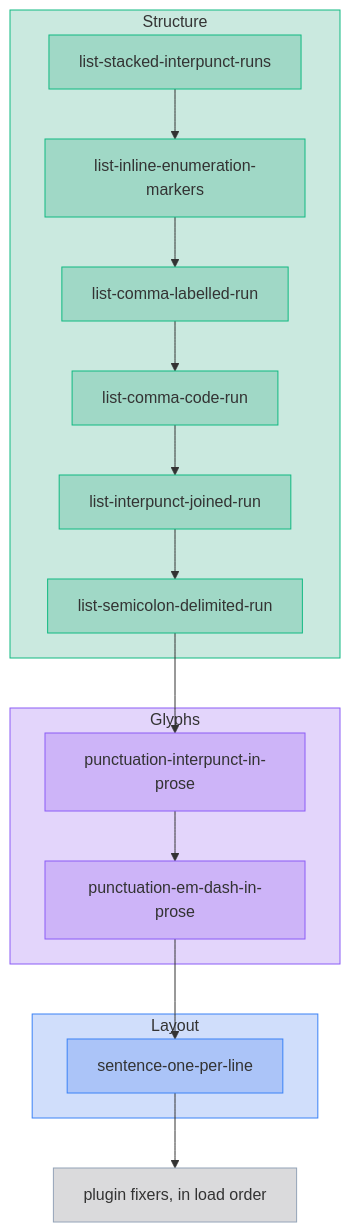
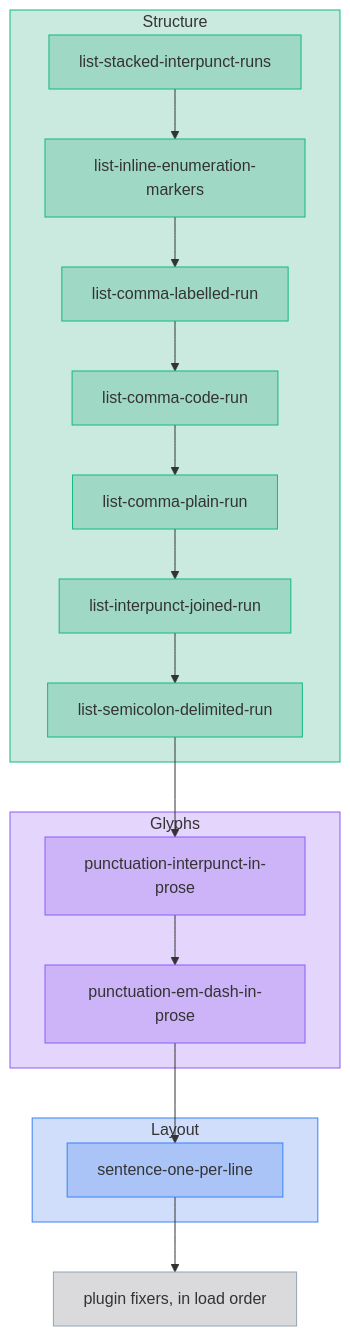
Diagram 16 of 20 in docs/DATA_MODEL.md (jpeakai/jpai-prose-gates), drawn with Mermaid before and after one commit. The commit also changed other lines of this file and 29 other files, not shown here.

First line of the commit message:
feat: list-comma-plain-run, and minItems on every list run rule

````diff
--- a/docs/DATA_MODEL.md
+++ b/docs/DATA_MODEL.md
@@ -594,26 +594,26 @@
 ```mermaid
 flowchart TB
     subgraph structure["Structure"]
-        P9["list-stacked-interpunct-runs"]:::list --> P7["list-inline-enumeration-markers"]:::list --> P8["list-comma-labelled-run"]:::list --> P10["list-comma-code-run"]:::list --> P6["list-interpunct-joined-run"]:::list --> P3["list-semicolon-delimited-run"]:::list
+        P9["list-stacked-interpunct-runs"]:::list --> P7["list-inline-enumeration-markers"]:::list --> P8["list-comma-labelled-run"]:::list --> P10["list-comma-code-run"]:::list --> P11["list-comma-plain-run"]:::list --> P6["list-interpunct-joined-run"]:::list --> P3["list-semicolon-delimited-run"]:::list
     end
     subgraph glyphs["Glyphs"]
         P5["punctuation-interpunct-in-prose"]:::punc --> P4["punctuation-em-dash-in-prose"]:::punc
     end
     subgraph layout["Layout"]
         P1["sentence-one-per-line"]:::sent
     end
     PLG["plugin fixers, in load order"]:::ext
 
     P3 --> P5
     P4 --> P1
     P1 --> PLG
 
     classDef list fill:#05966936,stroke:#10b981
     classDef punc fill:#7c3aed36,stroke:#8b5cf6
     classDef sent fill:#2563eb36,stroke:#3b82f6
     classDef ext  fill:#52525b36,stroke:#94a3b8
 
     style structure fill:#05966936,stroke:#10b981
     style glyphs fill:#7c3aed36,stroke:#8b5cf6
     style layout fill:#2563eb36,stroke:#3b82f6
 ```
````
